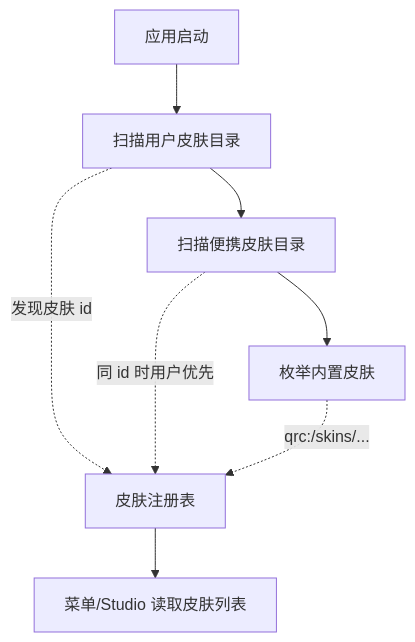
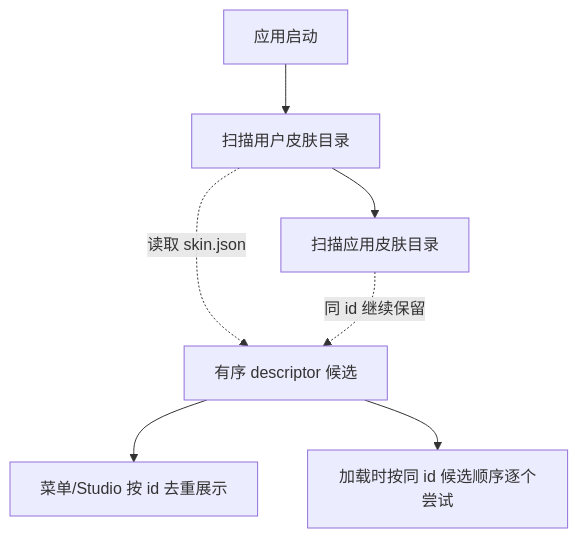
One commit to tiantian180/MilesEdgeworth changed the second of 4 diagrams in docs/v2/设计方案/皮肤包分发与加载机制设计.md. Above: the diagram before and after it, drawn with Mermaid. The commit also changed other lines of this file and 43 other files, not shown here.

````diff
--- a/docs/v2/设计方案/皮肤包分发与加载机制设计.md
+++ b/docs/v2/设计方案/皮肤包分发与加载机制设计.md
@@ -138,10 +142,9 @@
 ```mermaid
 flowchart TD
     A[应用启动] --> B[扫描用户皮肤目录]
-    B --> C[扫描便携皮肤目录]
-    C --> D[枚举内置皮肤]
-    B -.->|发现皮肤 id| E[皮肤注册表]
-    C -.->|同 id 时用户优先| E
-    D -.->|qrc:/skins/...| E
-    E --> F[菜单/Studio 读取皮肤列表]
+    B --> C[扫描应用皮肤目录]
+    B -.->|读取 skin.json| D[有序 descriptor 候选]
+    C -.->|同 id 继续保留| D
+    D --> E[菜单/Studio 按 id 去重展示]
+    D --> F[加载时按同 id 候选顺序逐个尝试]
 ```
````
